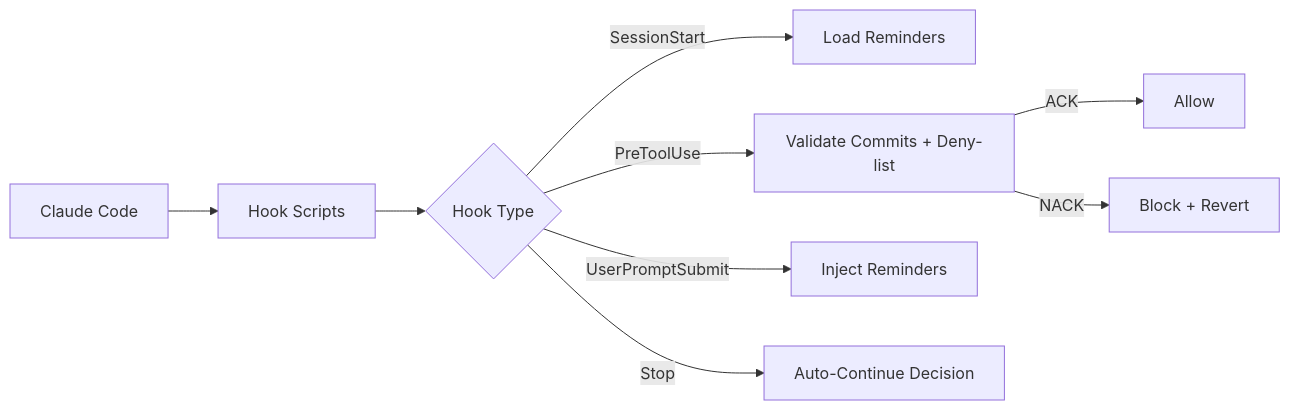
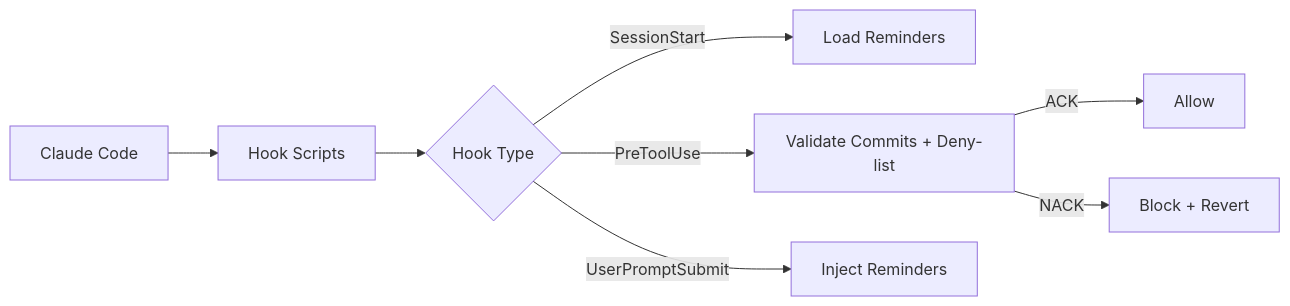
One commit to BeOnAuto/ketchup changed the diagram in README.md. Above: the diagram before and after it, drawn with Mermaid. The commit also changed other lines of this file and 9 other files, not shown here.

First line of the commit message:
docs(global): replace auto-continue with parallel subagent planning across all docs

````diff
--- a/README.md
+++ b/README.md
@@ -186,11 +185,10 @@
 ```mermaid
 flowchart LR
     A[Claude Code] --> B[Hook Scripts]
     B --> C{Hook Type}
     C -->|SessionStart| D[Load Reminders]
     C -->|PreToolUse| E[Validate Commits + Deny-list]
     C -->|UserPromptSubmit| F[Inject Reminders]
-    C -->|Stop| G[Auto-Continue Decision]
     E -->|ACK| H[Allow]
     E -->|NACK| I[Block + Revert]
 ```
````
